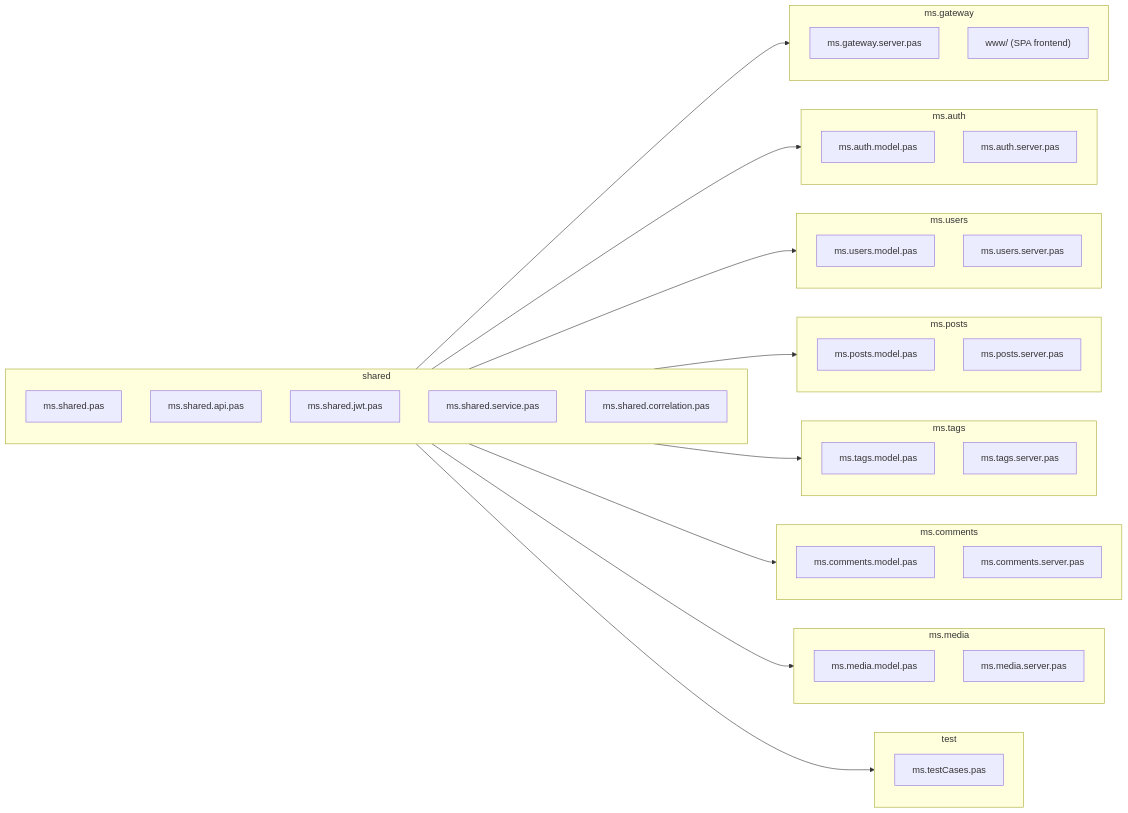
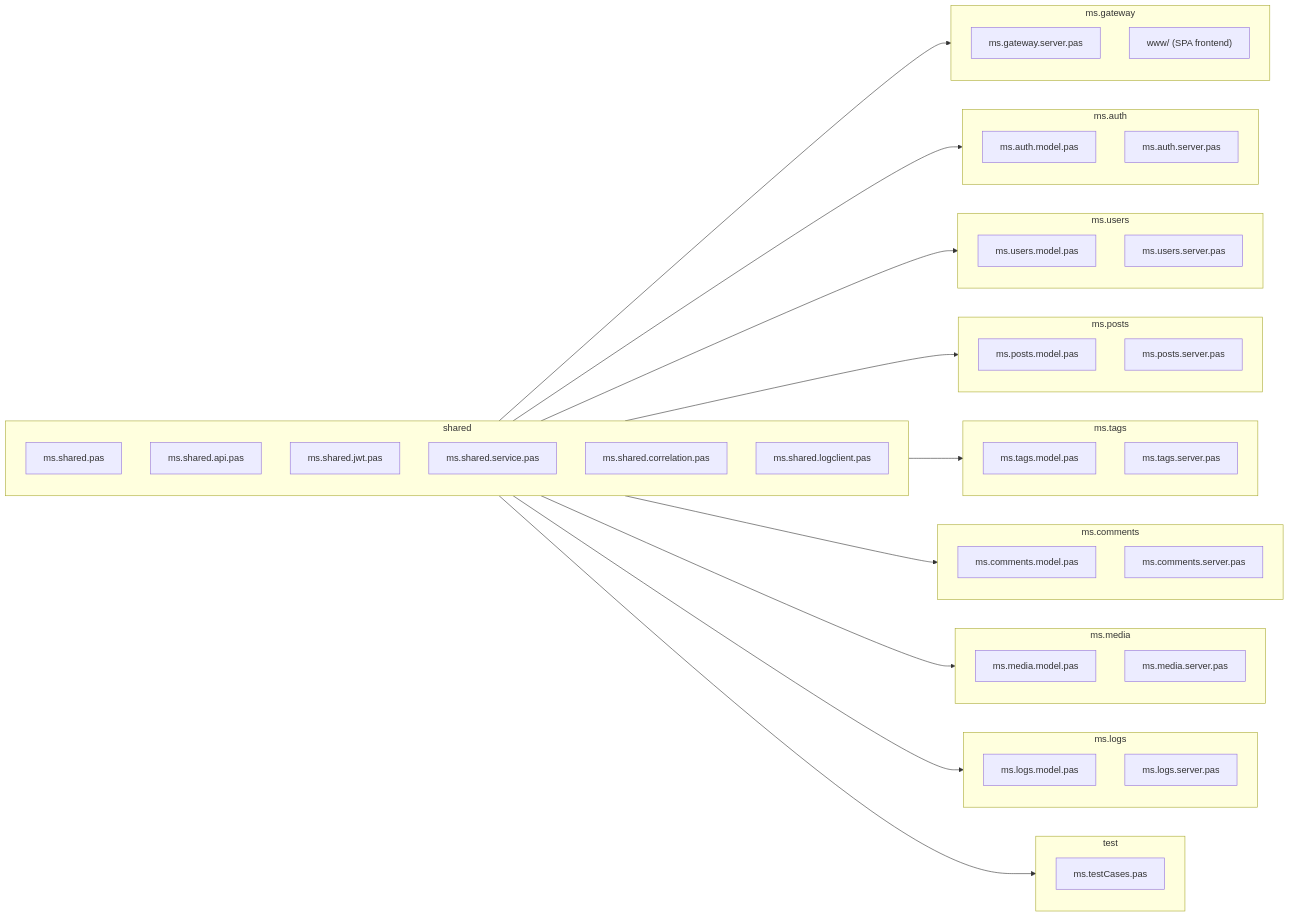
Before and after one commit to sakura1977/mormot2-microservices-blog-sample: the diagram in .claude/technology.md, drawn with Mermaid. The commit also changed other lines of this file and 9 other files, not shown here.

````diff
--- a/.claude/technology.md
+++ b/.claude/technology.md
@@ -54,58 +90,65 @@
 ```mermaid
 graph LR
     subgraph shared
         S1[ms.shared.pas]
         S2[ms.shared.api.pas]
         S3[ms.shared.jwt.pas]
         S4[ms.shared.service.pas]
         S5[ms.shared.correlation.pas]
+        S6[ms.shared.logclient.pas]
     end
 
     subgraph ms.gateway
         G1[ms.gateway.server.pas]
         G2["www/ (SPA frontend)"]
     end
 
     subgraph ms.auth
         A1[ms.auth.model.pas]
         A2[ms.auth.server.pas]
     end
 
     subgraph ms.users
         U1[ms.users.model.pas]
         U2[ms.users.server.pas]
     end
 
     subgraph ms.posts
         P1[ms.posts.model.pas]
         P2[ms.posts.server.pas]
     end
 
     subgraph ms.tags
         T1[ms.tags.model.pas]
         T2[ms.tags.server.pas]
     end
 
     subgraph ms.comments
         C1[ms.comments.model.pas]
         C2[ms.comments.server.pas]
     end
 
     subgraph ms.media
         M1[ms.media.model.pas]
         M2[ms.media.server.pas]
     end
 
+    subgraph ms.logs
+        L1[ms.logs.model.pas]
+        L2[ms.logs.server.pas]
+    end
+
     subgraph test
         TE[ms.testCases.pas]
     end
 
     shared --> ms.gateway
     shared --> ms.auth
     shared --> ms.users
     shared --> ms.posts
     shared --> ms.tags
     shared --> ms.comments
     shared --> ms.media
+    shared --> ms.logs
     shared --> test
 ```
````
